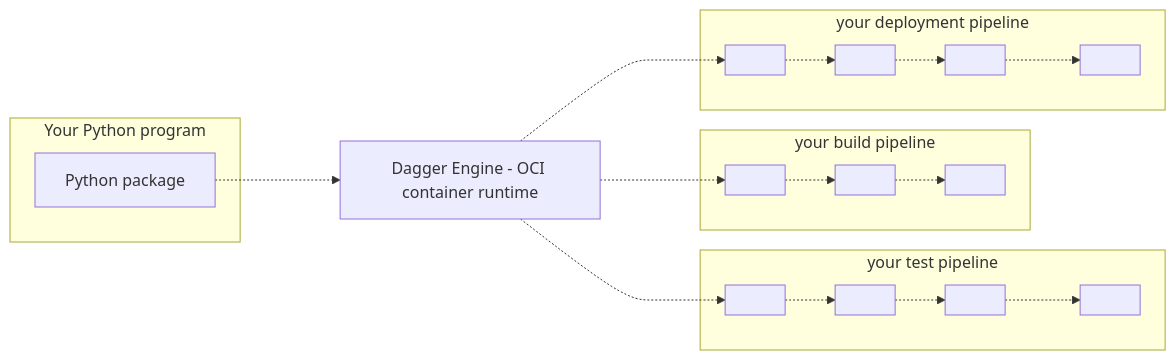
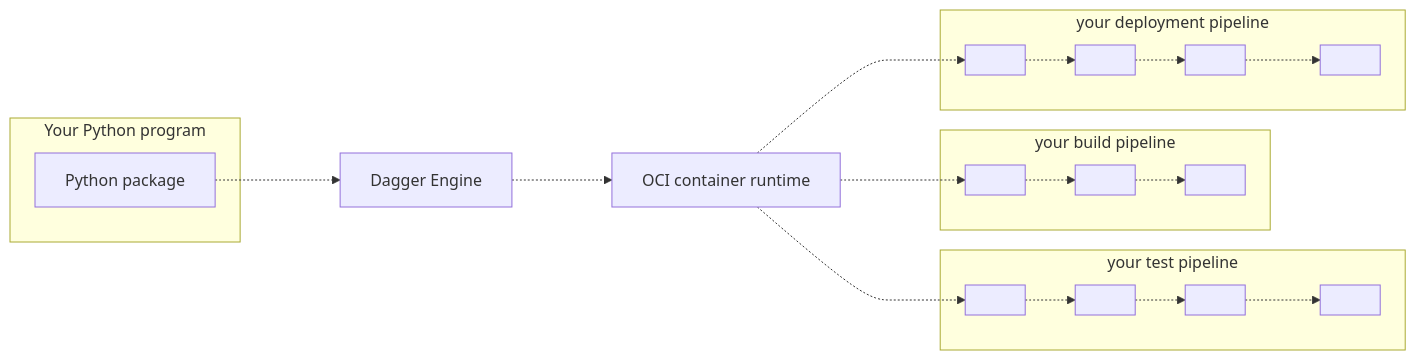
The diagram in docs/current/sdk/python/459708-index.md (dagger/dagger), drawn with Mermaid before and after one commit. The commit also changed 4 other files, not shown here.

Commit message:
Docs: fix diagram

````diff
--- a/docs/current/sdk/python/459708-index.md
+++ b/docs/current/sdk/python/459708-index.md
@@ -36,21 +36,22 @@
 ```mermaid
 graph LR;
 
 subgraph program["Your Python program"]
   lib["Python package"]
 end
 
-engine["Dagger Engine - OCI container runtime"]
+engine["Dagger Engine"]
+oci["OCI container runtime"]
 
 subgraph A["your build pipeline"]
   A1[" "] -.-> A2[" "] -.-> A3[" "]
 end
 subgraph B["your test pipeline"]
   B1[" "] -.-> B2[" "] -.-> B3[" "] -.-> B4[" "]
 end
 subgraph C["your deployment pipeline"]
   C1[" "] -.-> C2[" "] -.-> C3[" "] -.-> C4[" "]
 end
 
-lib -..-> engine -..-> A1 & B1 & C1
+lib -..-> engine -..-> oci -..-> A1 & B1 & C1
 ```
````
